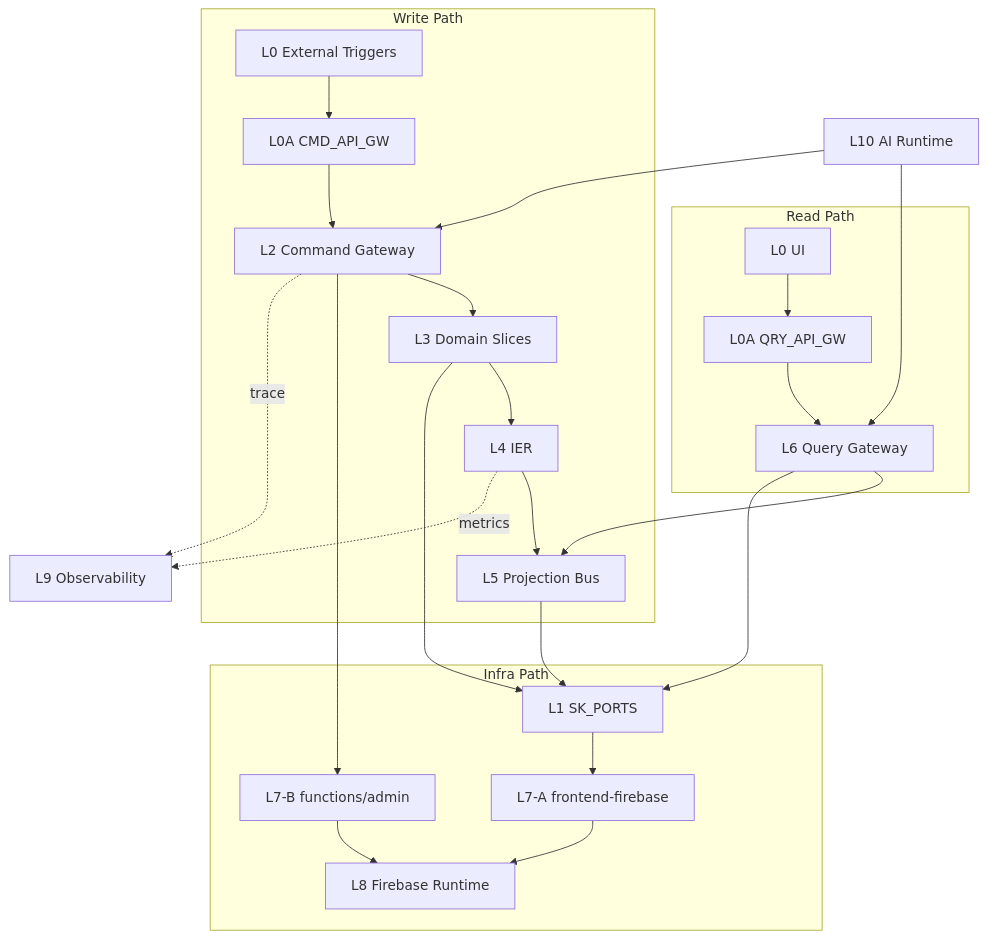
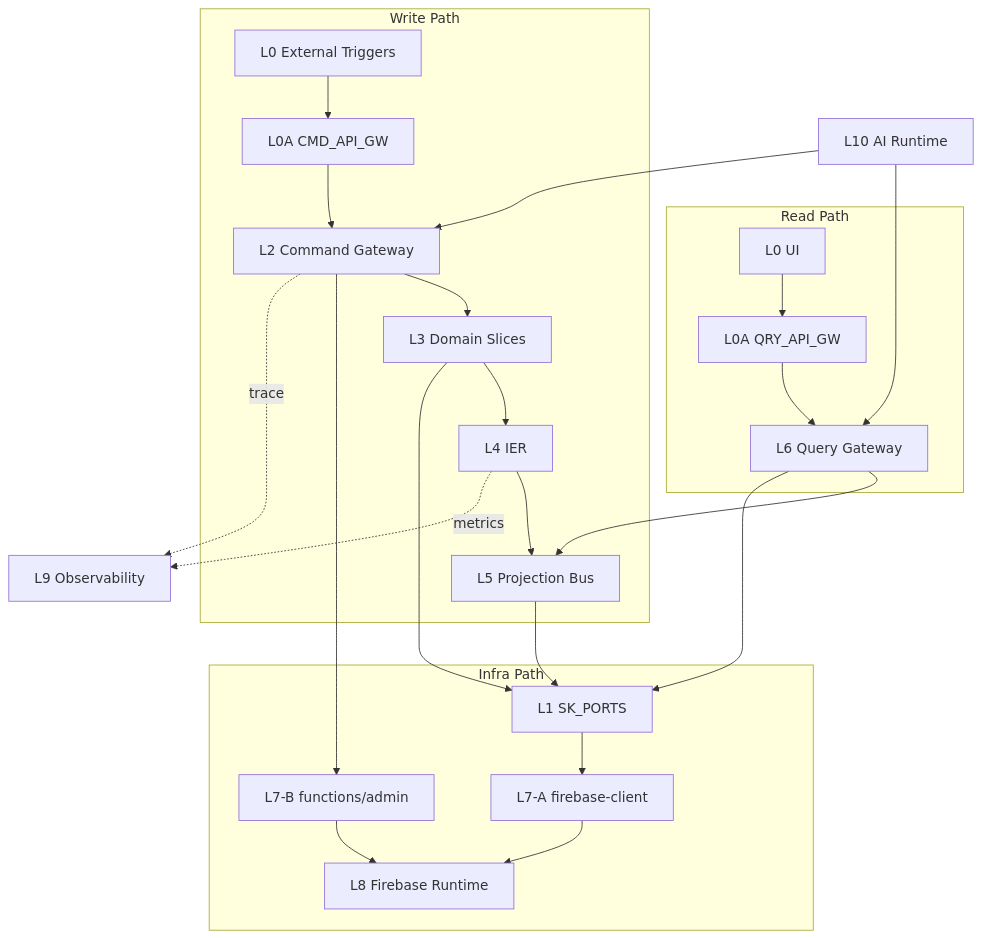
The diagram in docs/architecture/01-logical-flow.md (7Spade/Xuanwu), drawn with Mermaid before and after one commit. The commit also changed 28 other files, not shown here.

First line of the commit message:
refactor: rename frontend-firebase to firebase-client across the codebase

````diff
--- a/docs/architecture/01-logical-flow.md
+++ b/docs/architecture/01-logical-flow.md
@@ -39,31 +39,31 @@
 ```mermaid
 flowchart TD
   subgraph WritePath[Write Path]
     EXT[L0 External Triggers] --> CMD[L0A CMD_API_GW]
     CMD --> CBG[L2 Command Gateway]
     CBG --> DOM[L3 Domain Slices]
     DOM --> IER[L4 IER]
     IER --> PB[L5 Projection Bus]
   end
 
   subgraph ReadPath[Read Path]
     UI[L0 UI] --> QRY[L0A QRY_API_GW]
     QRY --> QG[L6 Query Gateway]
     QG --> PB
   end
 
   subgraph InfraPath[Infra Path]
     DOM --> PORTS[L1 SK_PORTS]
     PB --> PORTS
     QG --> PORTS
-    PORTS --> A[L7-A frontend-firebase]
+    PORTS --> A[L7-A firebase-client]
     CBG --> B[L7-B functions/admin]
     A --> L8[L8 Firebase Runtime]
     B --> L8
   end
 
   L10[L10 AI Runtime] --> CBG
   L10 --> QG
   IER -. metrics .-> L9[L9 Observability]
   CBG -. trace .-> L9
 ```
````
